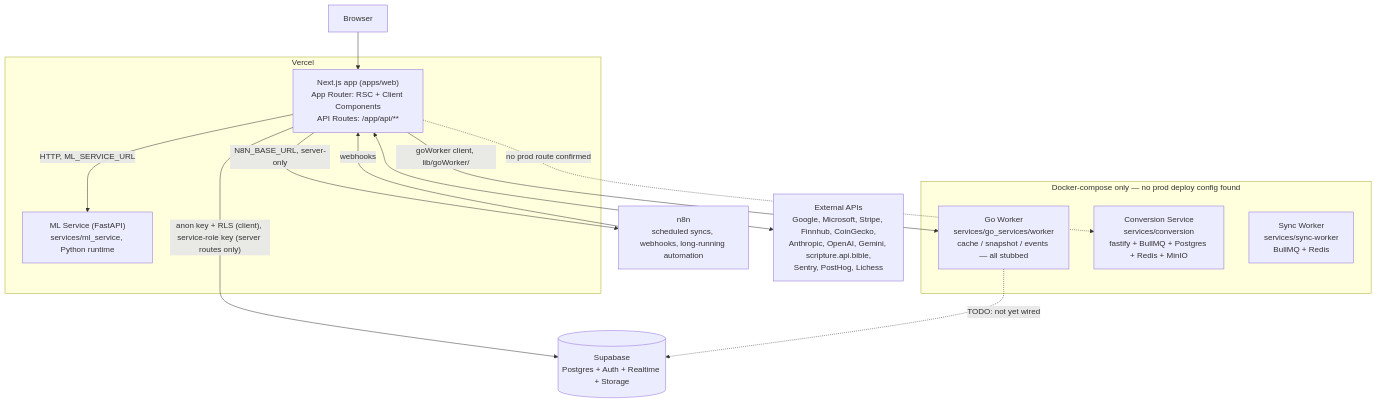
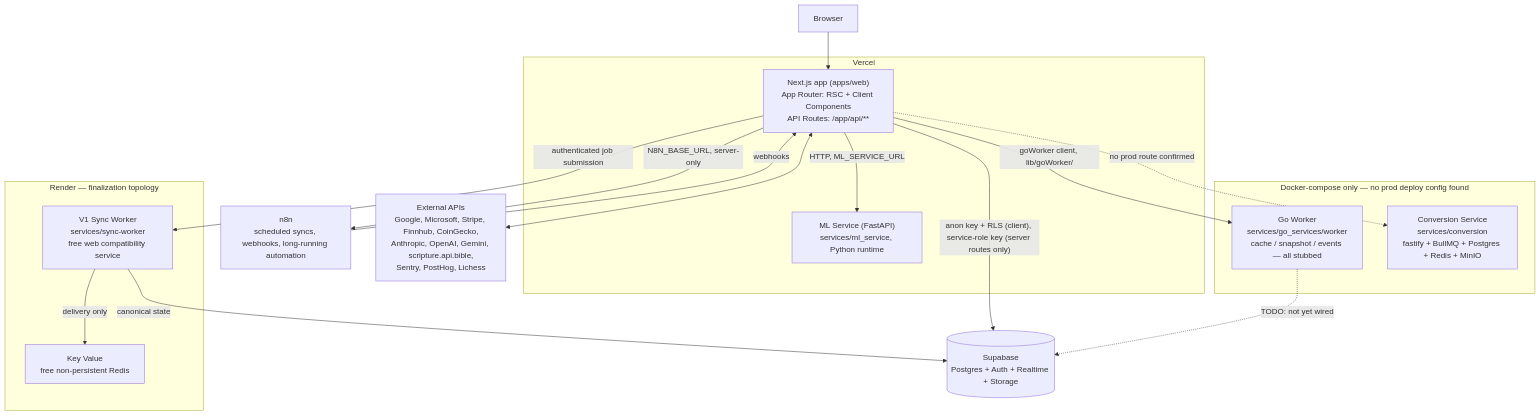
Before and after one commit to PrestonParis/webwidgets: the first of 2 diagrams in ARCHITECTURE.md, drawn with Mermaid. The commit also changed other lines of this file and 18 other files, not shown here.

````diff
--- a/ARCHITECTURE.md
+++ b/ARCHITECTURE.md
@@ -44,31 +44,38 @@
 ```mermaid
 flowchart TB
     Browser["Browser"]
 
     subgraph Vercel["Vercel"]
         NextApp["Next.js app (apps/web)\nApp Router: RSC + Client Components\nAPI Routes: /app/api/**"]
         MLService["ML Service (FastAPI)\nservices/ml_service, Python runtime"]
     end
 
     Supabase[("Supabase\nPostgres + Auth + Realtime + Storage")]
 
     subgraph LocalDockerOnly["Docker-compose only — no prod deploy config found"]
         GoWorker["Go Worker\nservices/go_services/worker\ncache / snapshot / events — all stubbed"]
         Conversion["Conversion Service\nservices/conversion\nfastify + BullMQ + Postgres + Redis + MinIO"]
-        SyncWorker["Sync Worker\nservices/sync-worker\nBullMQ + Redis"]
+    end
+
+    subgraph Render["Render — finalization topology"]
+        SyncWorker["V1 Sync Worker\nservices/sync-worker\nfree web compatibility service"]
+        V1Queue["Key Value\nfree non-persistent Redis"]
     end
 
     n8n["n8n\nscheduled syncs, webhooks, long-running automation"]
 
     Browser --> NextApp
     NextApp -->|"HTTP, ML_SERVICE_URL"| MLService
     NextApp -->|"anon key + RLS (client), service-role key (server routes only)"| Supabase
     NextApp -->|goWorker client, lib/goWorker/| GoWorker
+    NextApp -->|authenticated job submission| SyncWorker
+    SyncWorker -->|canonical state| Supabase
+    SyncWorker -->|delivery only| V1Queue
     NextApp -->|N8N_BASE_URL, server-only| n8n
     n8n -->|webhooks| NextApp
     NextApp -.->|no prod route confirmed| Conversion
     GoWorker -.->|TODO: not yet wired| Supabase
 
     ExtAPIs["External APIs\nGoogle, Microsoft, Stripe, Finnhub, CoinGecko,\nAnthropic, OpenAI, Gemini, scripture.api.bible,\nSentry, PostHog, Lichess"]
     NextApp <--> ExtAPIs
 ```
````
